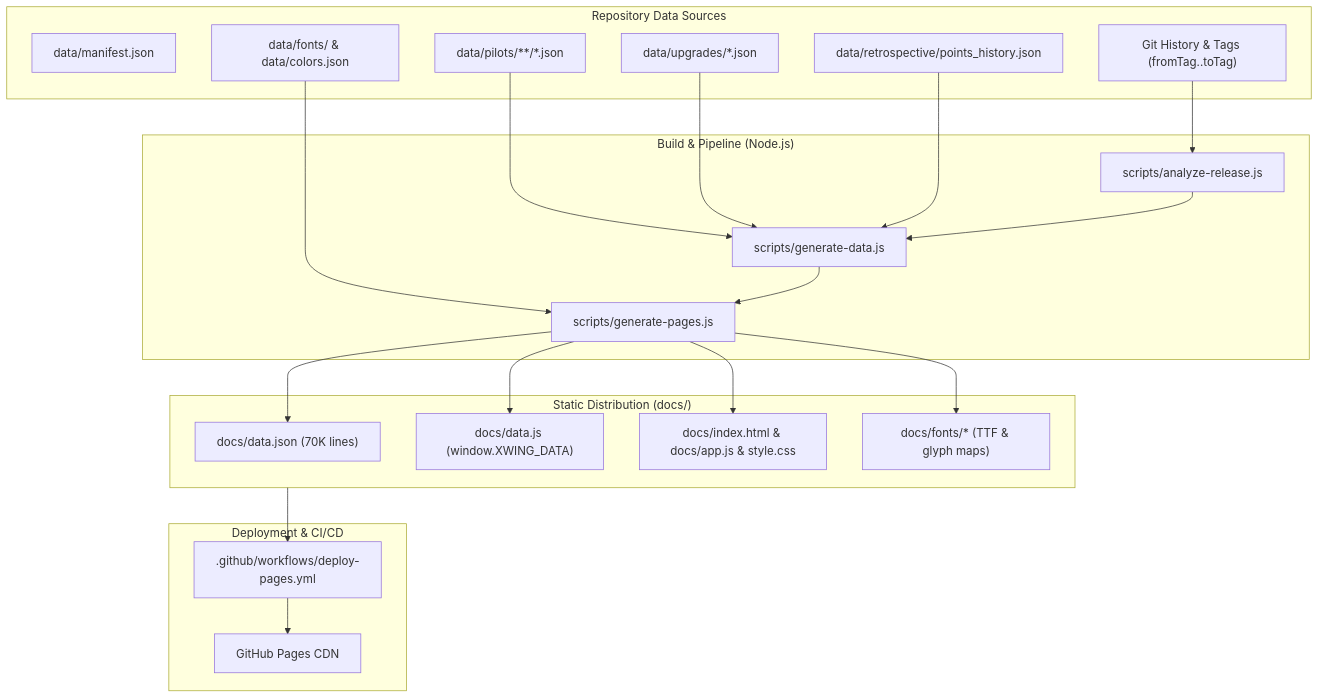
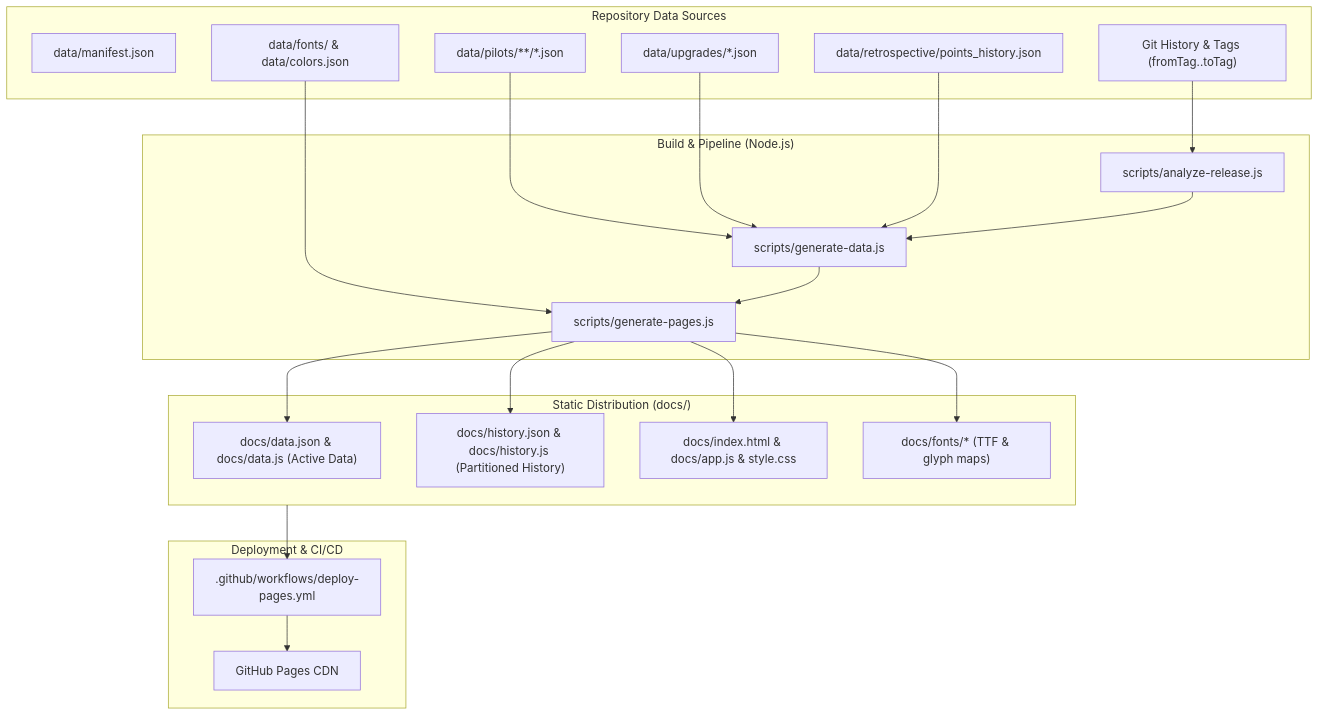
The diagram in docs/ARCHITECTURE.md (SogeMoge/xwing-data2-legacy), drawn with Mermaid before and after one commit. The commit also changed other lines of this file and 8 other files, not shown here.

Commit message:
feat(pages): partition retrospective history into lazy-loaded history bundle

````diff
--- a/docs/ARCHITECTURE.md
+++ b/docs/ARCHITECTURE.md
@@ -25,45 +25,45 @@
 ```mermaid
 flowchart TD
     subgraph RepoData ["Repository Data Sources"]
         Manifest["data/manifest.json"]
         Pilots["data/pilots/**/*.json"]
         Upgrades["data/upgrades/*.json"]
         Baseline["data/retrospective/points_history.json"]
         GitLog["Git History & Tags (fromTag..toTag)"]
         Fonts["data/fonts/ & data/colors.json"]
     end
 
     subgraph BuildPipeline ["Build & Pipeline (Node.js)"]
         Analyzer["scripts/analyze-release.js"]
         DataGen["scripts/generate-data.js"]
         PagesGen["scripts/generate-pages.js"]
     end
 
     subgraph StaticArtifacts ["Static Distribution (docs/)"]
-        DataJson["docs/data.json (70K lines)"]
-        DataJs["docs/data.js (window.XWING_DATA)"]
+        DataJson["docs/data.json & docs/data.js (Active Data)"]
+        HistoryJson["docs/history.json & docs/history.js (Partitioned History)"]
         SPA["docs/index.html & docs/app.js & style.css"]
         FontAssets["docs/fonts/* (TTF & glyph maps)"]
     end
 
     subgraph Hosting ["Deployment & CI/CD"]
         GHA[".github/workflows/deploy-pages.yml"]
         PagesHost["GitHub Pages CDN"]
     end
 
     Pilots --> DataGen
     Upgrades --> DataGen
     Baseline --> DataGen
     GitLog --> Analyzer
     Analyzer --> DataGen
     Fonts --> PagesGen
     DataGen --> PagesGen
 
     PagesGen --> DataJson
-    PagesGen --> DataJs
+    PagesGen --> HistoryJson
     PagesGen --> SPA
     PagesGen --> FontAssets
 
     StaticArtifacts --> GHA
     GHA --> PagesHost
 ```
````
